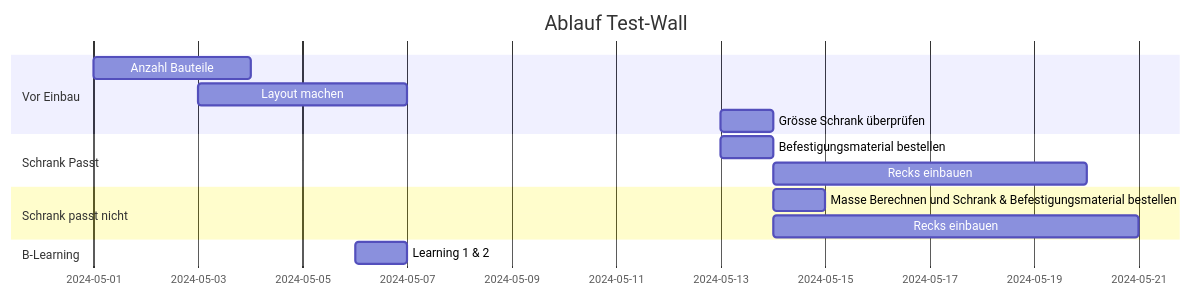
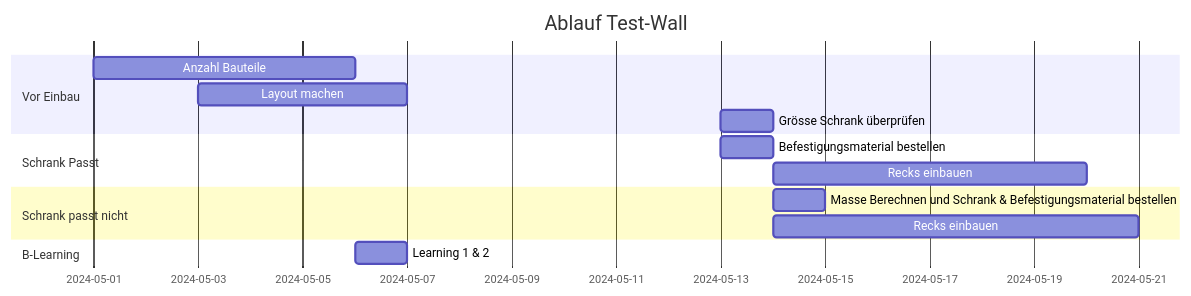
The diagram in Ablauf_Test-Wall.mmd (BenZiep/BenZiep), drawn with Mermaid before and after one commit.

```diff
--- a/Ablauf_Test-Wall.mmd
+++ b/Ablauf_Test-Wall.mmd
@@ -1,15 +1,15 @@
 gantt
     title Ablauf Test-Wall
     dateFormat  YYYY-MM-DD
     section Vor Einbau
-    Anzahl Bauteile           :a1, 2024-05-01, 3d
+    Anzahl Bauteile           :a1, 2024-05-01, 5d
     Layout machen     :a2, 2024-05-03  , 4d
     Grösse Schrank überprüfen :a3, 2024-05-13, 1d
     section Schrank Passt
     Befestigungsmaterial bestellen      :b1, 2024-05-13 , 1d
     Recks einbauen      :after b1, 6d
     section Schrank passt nicht
     Masse Berechnen und Schrank & Befestigungsmaterial bestellen :after a3, 1d
     Recks einbauen :c1, after b1, 7d
     section B-Learning
     Learning 1 & 2 :d1, 2024-05-06, 1d
```
